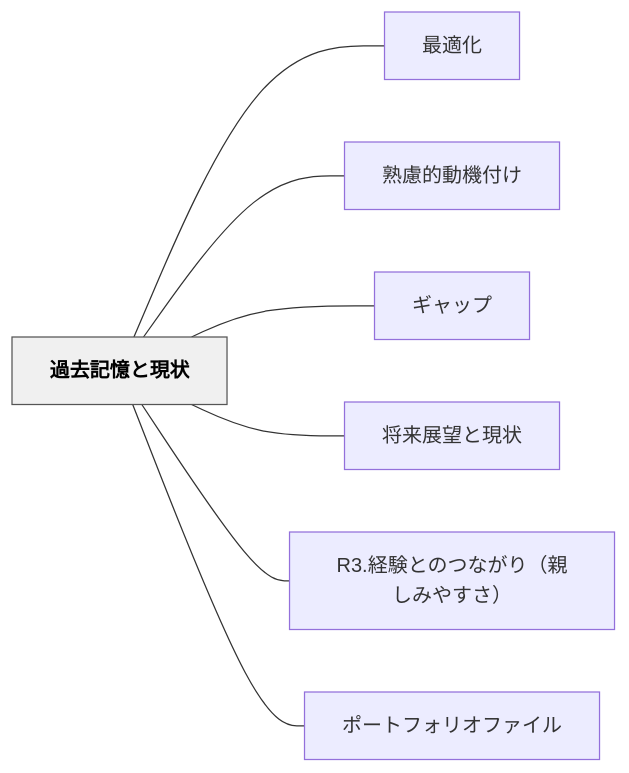
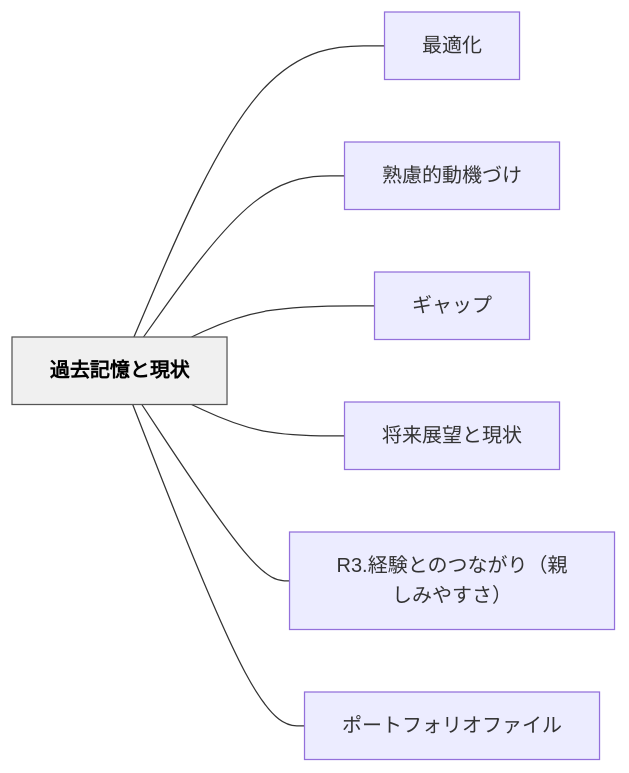
Before and after one commit to unknownthings-ed-patterns/unknownthings-ed-patterns: the diagram in content/パタン/過去記憶と現状.md, drawn with Mermaid. The commit also changed other lines of this file and 234 other files, not shown here.

````diff
--- a/content/パタン/過去記憶と現状.md
+++ b/content/パタン/過去記憶と現状.md
@@ -37,20 +37,20 @@
 ```mermaid
 flowchart LR
     ne9818ee58ebbe8a898e686b6e381a8e78fbee78ab6["過去記憶と現状"]
     ne69c80e981a9e58c96["最適化"]
-    ne7869fe685aee79a84e58b95e6a99fe4bb98e38191["熟慮的動機付け"]
+    ne7869fe685aee79a84e58b95e6a99fe381a5e38191["熟慮的動機づけ"]
     ne382aee383a3e38383e38397["ギャップ"]
     ne5b086e69da5e5b195e69c9be381a8e78fbee78ab6["将来展望と現状"]
     n52332ee7b58ce9a893e381a8e381aee381a4e381aae3818ce3828aefbc88e8a6aae38197e381bfe38284e38199e38195efbc89["R3.経験とのつながり（親しみやすさ）"]
     ne3839de383bce38388e38395e382a9e383aae382aae38395e382a1e382a4e383ab["ポートフォリオファイル"]
 
     ne9818ee58ebbe8a898e686b6e381a8e78fbee78ab6 --- ne69c80e981a9e58c96
-    ne9818ee58ebbe8a898e686b6e381a8e78fbee78ab6 --- ne7869fe685aee79a84e58b95e6a99fe4bb98e38191
+    ne9818ee58ebbe8a898e686b6e381a8e78fbee78ab6 --- ne7869fe685aee79a84e58b95e6a99fe381a5e38191
     ne9818ee58ebbe8a898e686b6e381a8e78fbee78ab6 --- ne382aee383a3e38383e38397
     ne9818ee58ebbe8a898e686b6e381a8e78fbee78ab6 --- ne5b086e69da5e5b195e69c9be381a8e78fbee78ab6
     ne9818ee58ebbe8a898e686b6e381a8e78fbee78ab6 --- n52332ee7b58ce9a893e381a8e381aee381a4e381aae3818ce3828aefbc88e8a6aae38197e381bfe38284e38199e38195efbc89
     ne9818ee58ebbe8a898e686b6e381a8e78fbee78ab6 --- ne3839de383bce38388e38395e382a9e383aae382aae38395e382a1e382a4e383ab
 
     classDef hub fill:#f0f0f0,stroke:#555,color:#000,font-weight:bold
     class ne9818ee58ebbe8a898e686b6e381a8e78fbee78ab6 hub
 ```
````
